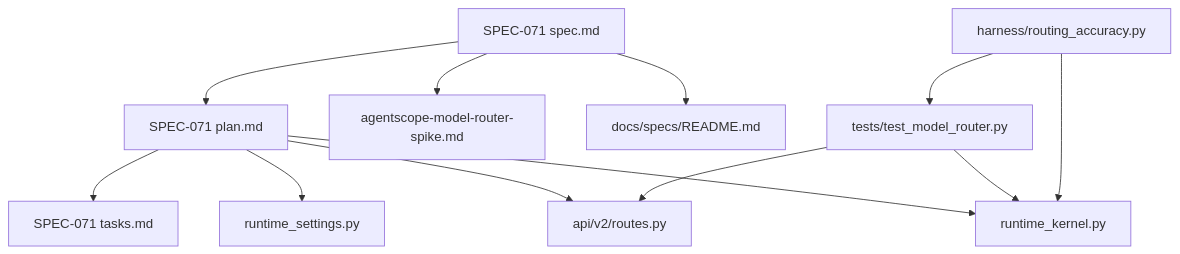
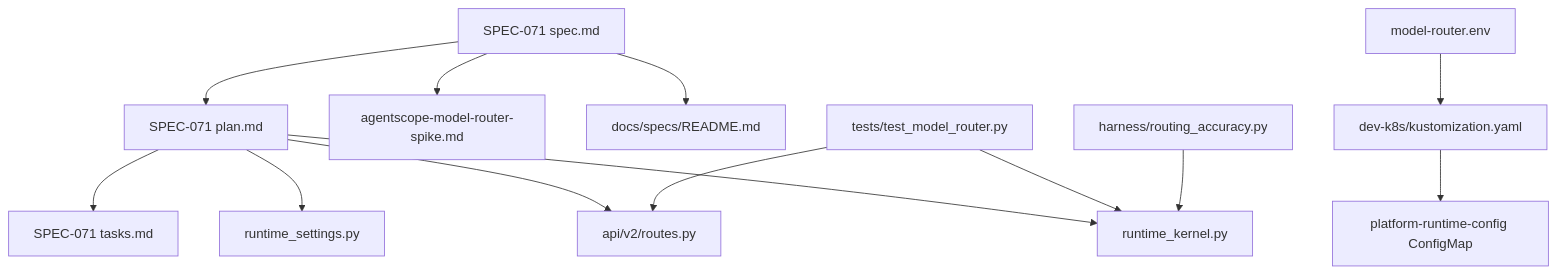
Before and after one commit to metasync/luban-aiops: the first of 7 diagrams in .qoder/repowiki/en/content/Shared Contracts/SPEC-071_ AgentScope Model Router Per-Turn Routing.md, drawn with Mermaid. The commit also changed other lines of this file and 23 other files, not shown here.

````diff
--- a/.qoder/repowiki/en/content/Shared Contracts/SPEC-071_ AgentScope Model Router Per-Turn Routing.md
+++ b/.qoder/repowiki/en/content/Shared Contracts/SPEC-071_ AgentScope Model Router Per-Turn Routing.md
@@ -69,14 +78,15 @@
 ```mermaid
 graph TB
 Spec["SPEC-071 spec.md"] --> Plan["SPEC-071 plan.md"]
 Plan --> Tasks["SPEC-071 tasks.md"]
 Spec --> Spike["agentscope-model-router-spike.md"]
 Plan --> Settings["runtime_settings.py"]
 Plan --> Routes["api/v2/routes.py"]
 Plan --> Kernel["runtime_kernel.py"]
 Spec --> Index["docs/specs/README.md"]
 Tests["tests/test_model_router.py"] --> Routes
 Tests --> Kernel
 Harness["harness/routing_accuracy.py"] --> Kernel
-Harness --> Tests
+Profile["model-router.env"] --> Kustomize["dev-k8s/kustomization.yaml"]
+Kustomize --> RuntimeProfile["platform-runtime-config ConfigMap"]
 ```
````
